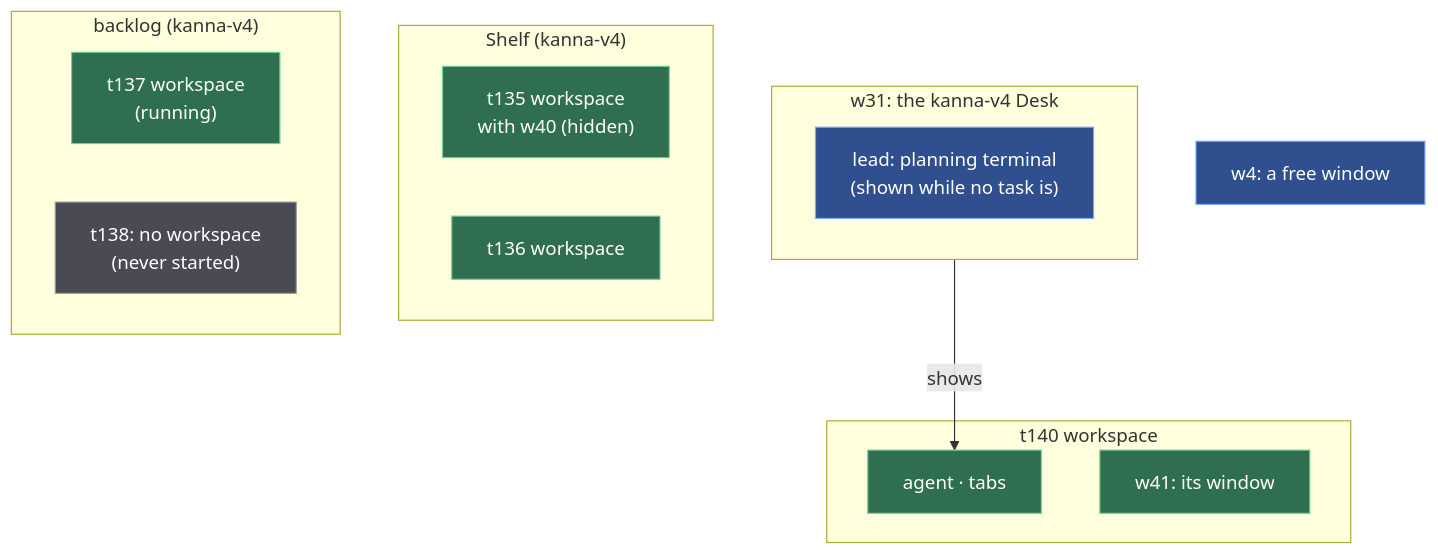
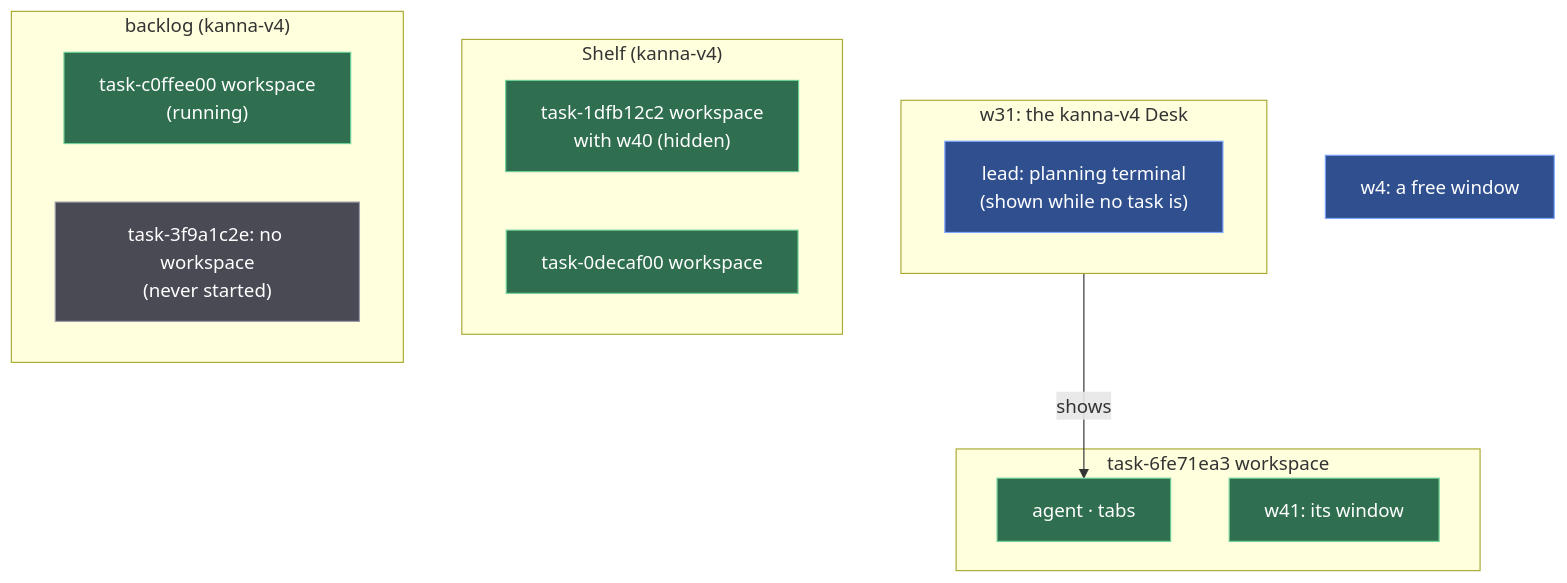
Before and after one commit to jemdiggity/kanna-v4: the second of 4 diagrams in docs/specs/workspaces.md, drawn with Mermaid. The commit also changed other lines of this file and 9 other files, not shown here.

````diff
--- a/docs/specs/workspaces.md
+++ b/docs/specs/workspaces.md
@@ -42,26 +42,26 @@
 ```mermaid
 flowchart TB
     subgraph W31["w31: the kanna-v4 Desk"]
         L31["lead: planning terminal<br/>(shown while no task is)"]
     end
-    subgraph T140["t140 workspace"]
+    subgraph T140["task-6fe71ea3 workspace"]
         D140["agent · tabs"]
         W41["w41: its window"]
     end
     W4["w4: a free window"]
     subgraph SHELF["Shelf (kanna-v4)"]
-        T135["t135 workspace<br/>with w40 (hidden)"]
-        T136["t136 workspace"]
+        T135["task-1dfb12c2 workspace<br/>with w40 (hidden)"]
+        T136["task-0decaf00 workspace"]
     end
     subgraph BACK["backlog (kanna-v4)"]
-        T137["t137 workspace<br/>(running)"]
-        T138["t138: no workspace<br/>(never started)"]
+        T137["task-c0ffee00 workspace<br/>(running)"]
+        T138["task-3f9a1c2e: no workspace<br/>(never started)"]
     end
     W31 -->|"shows"| D140
     classDef ours fill:#2f6f4f,stroke:#6fcf97,color:#ffffff
     classDef plain fill:#2f4f8f,stroke:#7fa7ff,color:#ffffff
     classDef none fill:#4a4a55,stroke:#9a9aa8,color:#ffffff
     class D140,W41,T135,T136,T137 ours
     class L31,W4 plain
     class T138 none
 ```
````
